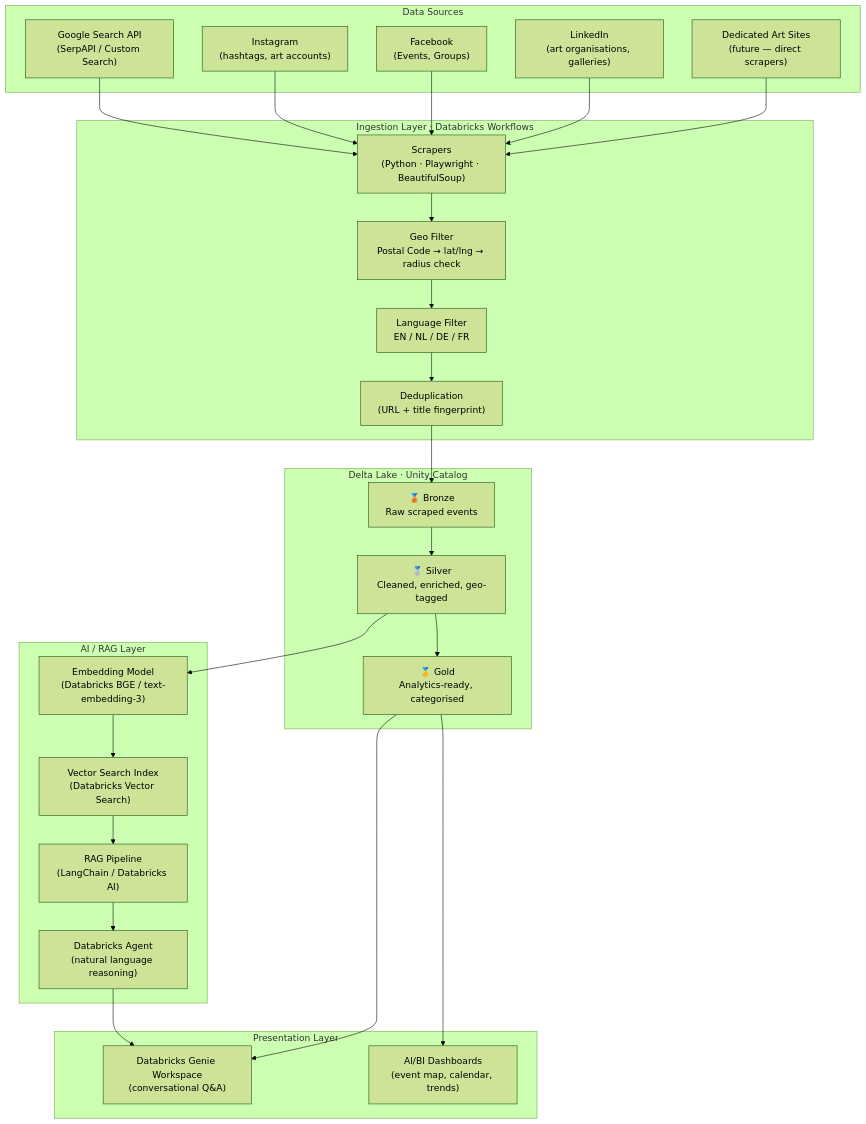
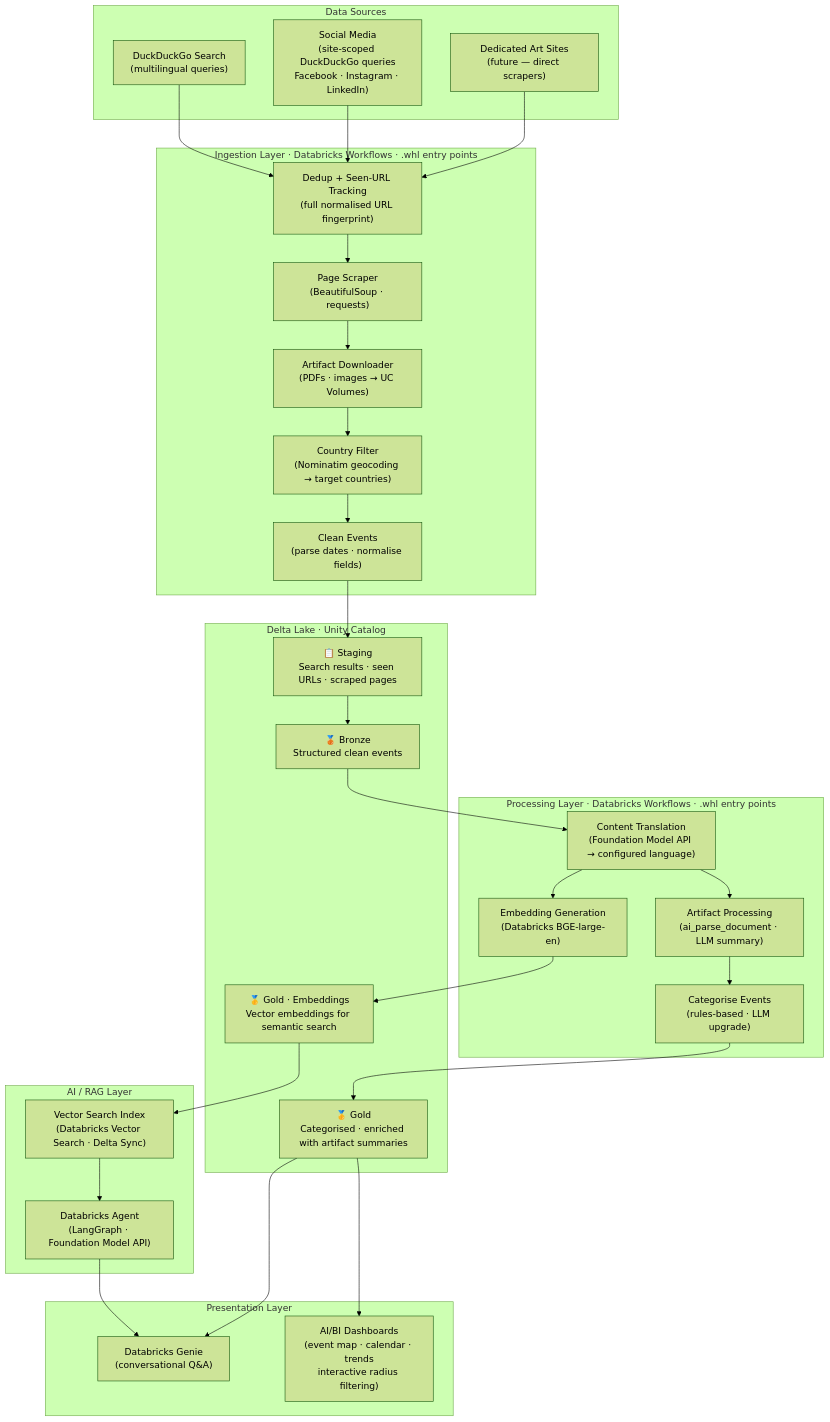
One commit to llmops-databricks-1/llmops-databricks-course-victor-kuznetsov changed the diagram in docs/artlake/ARCHITECTURE.md. Above: the diagram before and after it, drawn with Mermaid (forest theme). The commit also changed other lines of this file and 7 other files, not shown here.

First line of the commit message:
docs(artlake): revise architecture after review — remove Playwright, add translation, update backlog

````diff
--- a/docs/artlake/ARCHITECTURE.md
+++ b/docs/artlake/ARCHITECTURE.md
@@ -11,42 +11,48 @@
 ```mermaid
 flowchart TD
     subgraph Sources["Data Sources"]
-        G["Google Search API\n(SerpAPI / Custom Search)"]
-        IG["Instagram\n(hashtags, art accounts)"]
-        FB["Facebook\n(Events, Groups)"]
-        LI["LinkedIn\n(art organisations, galleries)"]
+        DDG["DuckDuckGo Search\n(multilingual queries)"]
+        SOC["Social Media\n(site-scoped DuckDuckGo queries\nFacebook · Instagram · LinkedIn)"]
         DS["Dedicated Art Sites\n(future — direct scrapers)"]
     end
 
-    subgraph Ingestion["Ingestion Layer · Databricks Workflows"]
-        SC["Scrapers\n(Python · Playwright · BeautifulSoup)"]
-        GEO["Geo Filter\nPostal Code → lat/lng → radius check"]
-        LANG["Language Filter\nEN / NL / DE / FR"]
-        DEDUP["Deduplication\n(URL + title fingerprint)"]
+    subgraph Ingestion["Ingestion Layer · Databricks Workflows · .whl entry points"]
+        DEDUP["Dedup + Seen-URL Tracking\n(full normalised URL fingerprint)"]
+        SC["Page Scraper\n(BeautifulSoup · requests)"]
+        ART_DL["Artifact Downloader\n(PDFs · images → UC Volumes)"]
+        GEO["Country Filter\n(Nominatim geocoding → target countries)"]
+        CLEAN["Clean Events\n(parse dates · normalise fields)"]
     end
 
     subgraph Lake["Delta Lake · Unity Catalog"]
-        B["🥉 Bronze\nRaw scraped events"]
-        S["🥈 Silver\nCleaned, enriched, geo-tagged"]
-        GO["🥇 Gold\nAnalytics-ready, categorised"]
+        STG["📋 Staging\nSearch results · seen URLs · scraped pages"]
+        B["🥉 Bronze\nStructured clean events"]
+        GO["🥇 Gold\nCategorised · enriched with artifact summaries"]
+        EMB_T["🥇 Gold · Embeddings\nVector embeddings for semantic search"]
+    end
+
+    subgraph Processing["Processing Layer · Databricks Workflows · .whl entry points"]
+        TRANS["Content Translation\n(Foundation Model API → configured language)"]
+        ART_PROC["Artifact Processing\n(ai_parse_document · LLM summary)"]
+        CAT["Categorise Events\n(rules-based · LLM upgrade)"]
+        EMB["Embedding Generation\n(Databricks BGE-large-en)"]
     end
 
     subgraph AI["AI / RAG Layer"]
-        EMB["Embedding Model\n(Databricks BGE / text-embedding-3)"]
-        VS["Vector Search Index\n(Databricks Vector Search)"]
-        RAG["RAG Pipeline\n(LangChain / Databricks AI)"]
-        AGENT["Databricks Agent\n(natural language reasoning)"]
+        VS["Vector Search Index\n(Databricks Vector Search · Delta Sync)"]
+        AGENT["Databricks Agent\n(LangGraph · Foundation Model API)"]
     end
 
     subgraph Presentation["Presentation Layer"]
-        GENIE["Databricks Genie Workspace\n(conversational Q&A)"]
-        DASH["AI/BI Dashboards\n(event map, calendar, trends)"]
+        GENIE["Databricks Genie\n(conversational Q&A)"]
+        DASH["AI/BI Dashboards\n(event map · calendar · trends\ninteractive radius filtering)"]
     end
 
-    G & IG & FB & LI & DS --> SC
-    SC --> GEO --> LANG --> DEDUP --> B
-    B --> S --> GO
-    S --> EMB --> VS --> RAG --> AGENT --> GENIE
+    DDG & SOC & DS --> DEDUP --> SC --> ART_DL --> GEO --> CLEAN
+    CLEAN --> STG
+    STG --> B
+    B --> TRANS --> ART_PROC --> CAT --> GO
+    TRANS --> EMB --> EMB_T --> VS --> AGENT --> GENIE
     GO --> DASH
     GO --> GENIE
 ```
````
